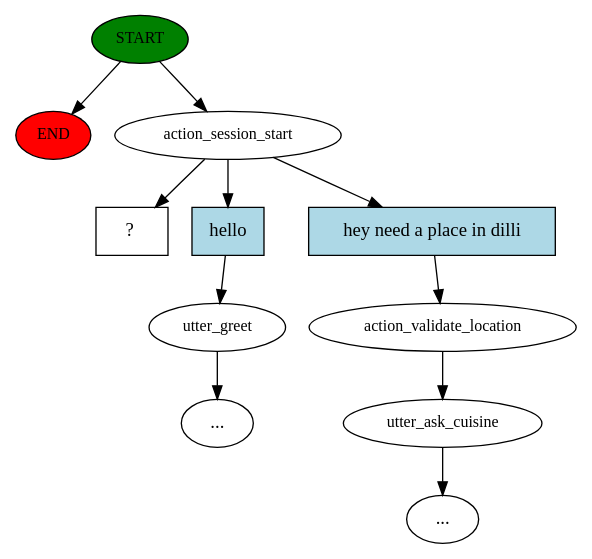
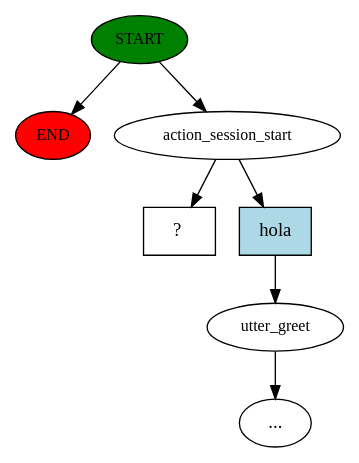
Before and after one commit to gauravchopra/BotUsingRasa: the diagram in story_graph.dot, drawn with Graphviz. The commit also changed 5 other files, not shown here.

```diff
--- a/story_graph.dot
+++ b/story_graph.dot
@@ -1,23 +1,15 @@
 digraph  {
 0 [class="start active", fillcolor=green, fontsize=12, label=START, style=filled];
 "-1" [class=end, fillcolor=red, fontsize=12, label=END, style=filled];
 1 [class=active, fontsize=12, label=action_session_start];
 2 [class="", fontsize=12, label=utter_greet];
 "-3" [class=ellipsis, label="..."];
-4 [class="", fontsize=12, label=action_validate_location];
-5 [class="", fontsize=12, label=utter_ask_cuisine];
-"-4" [class=ellipsis, label="..."];
-7 [class="intent dashed active", label="  ?  ", shape=rect];
-8 [class=intent, fillcolor=lightblue, label=hello, shape=rect, style=filled];
-9 [class=intent, fillcolor=lightblue, label="hey need a place in dilli", shape=rect, style=filled];
+4 [class="intent dashed active", label="  ?  ", shape=rect];
+5 [class=intent, fillcolor=lightblue, label=hola, shape=rect, style=filled];
 0 -> "-1"  [class="", key=NONE, label=""];
 0 -> 1  [class=active, key=NONE, label=""];
-1 -> 7  [class=active, key=NONE, label=""];
-1 -> 8  [class="", key=0];
-1 -> 9  [class="", key=0];
+1 -> 4  [class=active, key=NONE, label=""];
+1 -> 5  [class="", key=0];
 2 -> "-3"  [class="", key=NONE, label=""];
-4 -> 5  [class="", key=NONE, label=""];
-5 -> "-4"  [class="", key=NONE, label=""];
-8 -> 2  [class="", key=0];
-9 -> 4  [class="", key=0];
+5 -> 2  [class="", key=0];
 }
```
